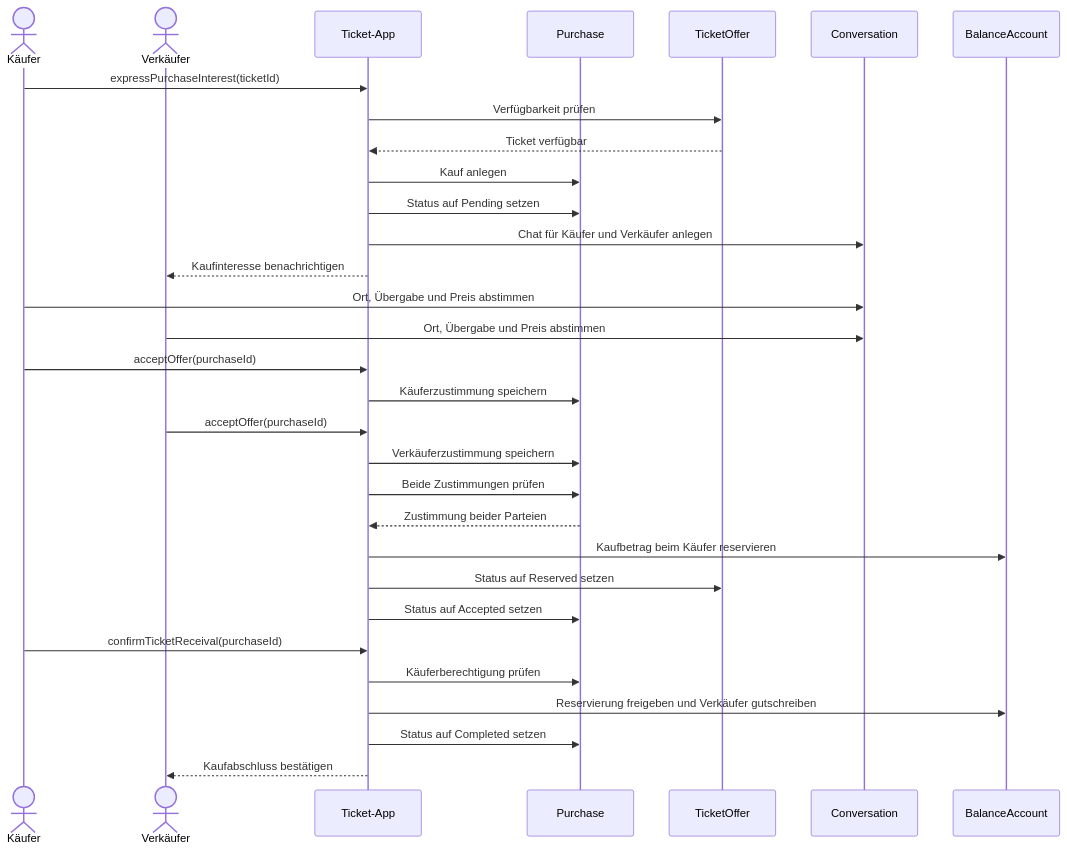
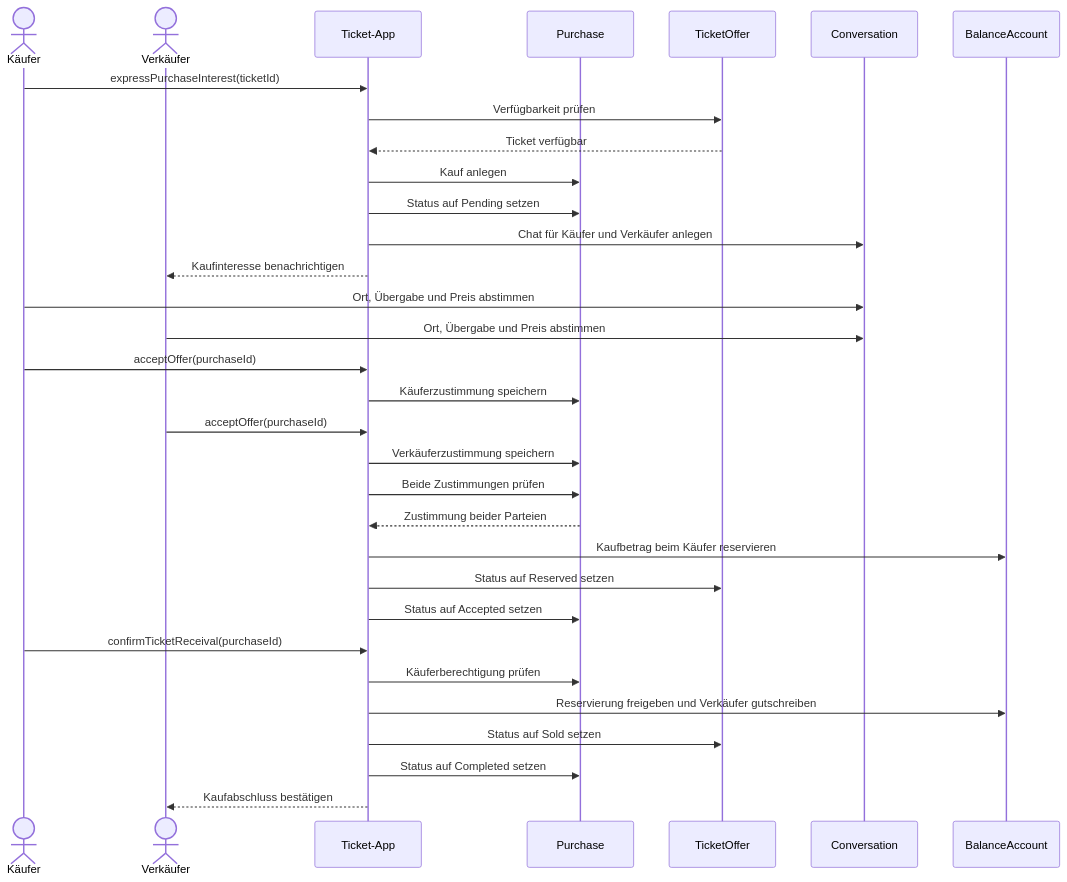
The sixth of 9 diagrams in systemoperationen.md (Adrian-Hansen-dev/second-hand-ticket-app), drawn with Mermaid before and after one commit. The commit also changed other lines of this file and 1 other file, not shown here.

````diff
--- a/systemoperationen.md
+++ b/systemoperationen.md
@@ -365,37 +556,38 @@
 ```mermaid
 sequenceDiagram
     actor Käufer
     actor Verkäufer
     participant App as Ticket-App
     participant Purchase as Purchase
     participant Ticket as TicketOffer
     participant Chat as Conversation
     participant Balance as BalanceAccount
 
     Käufer->>App: expressPurchaseInterest(ticketId)
     App->>Ticket: Verfügbarkeit prüfen
     Ticket-->>App: Ticket verfügbar
     App->>Purchase: Kauf anlegen
     App->>Purchase: Status auf Pending setzen
     App->>Chat: Chat für Käufer und Verkäufer anlegen
     App-->>Verkäufer: Kaufinteresse benachrichtigen
 
     Käufer->>Chat: Ort, Übergabe und Preis abstimmen
     Verkäufer->>Chat: Ort, Übergabe und Preis abstimmen
 
     Käufer->>App: acceptOffer(purchaseId)
     App->>Purchase: Käuferzustimmung speichern
     Verkäufer->>App: acceptOffer(purchaseId)
     App->>Purchase: Verkäuferzustimmung speichern
     App->>Purchase: Beide Zustimmungen prüfen
     Purchase-->>App: Zustimmung beider Parteien
     App->>Balance: Kaufbetrag beim Käufer reservieren
     App->>Ticket: Status auf Reserved setzen
     App->>Purchase: Status auf Accepted setzen
 
     Käufer->>App: confirmTicketReceival(purchaseId)
     App->>Purchase: Käuferberechtigung prüfen
     App->>Balance: Reservierung freigeben und Verkäufer gutschreiben
+    App->>Ticket: Status auf Sold setzen
     App->>Purchase: Status auf Completed setzen
     App-->>Verkäufer: Kaufabschluss bestätigen
 ```
````
